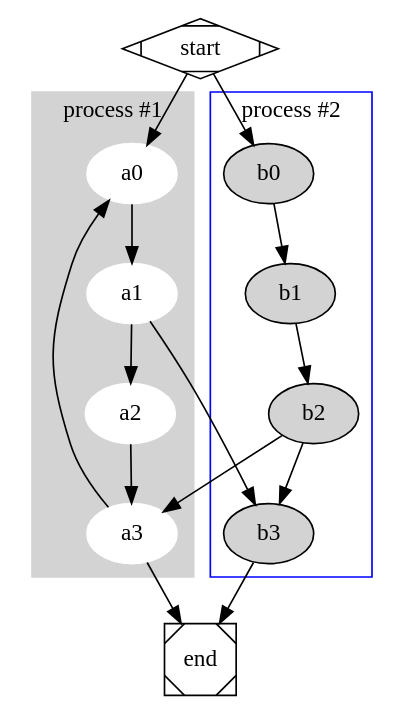
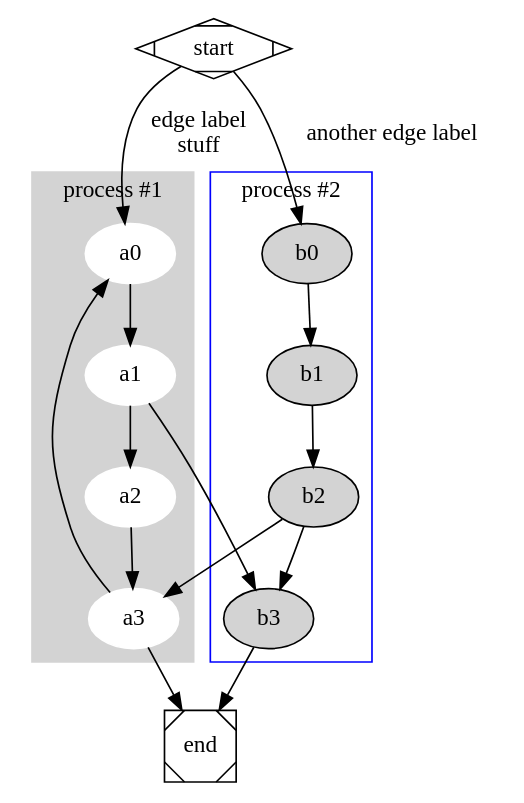
Before and after one commit to sorelmitra/learn: the diagram in dot/subgraphs.dot, drawn with Graphviz. The commit also changed 1 other file, not shown here.

Commit message:
add label and fix dot path

```diff
--- a/dot/subgraphs.dot
+++ b/dot/subgraphs.dot
@@ -1,26 +1,26 @@
 digraph G {
     subgraph cluster0 {
         style=filled;
         color=lightgrey;
         label="process #1";
 
         node [style=filled,color=white];
         a0 -> a1 -> a2 -> a3;
     }
     subgraph cluster1 {
         color=blue;
         label="process #2";
 
         node [style=filled];
         b0 -> b1 -> b2 -> b3;
     }
-    start -> a0;
-    start -> b0;
+    start -> a0 [label="edge label\nstuff"];
+    start -> b0 [label="another edge label"];
     a1 -> b3;
     b2 -> a3;
     a3 -> a0;
     a3 -> end;
     b3 -> end;
     start [shape=Mdiamond];
     end [shape=Msquare];
 }
```
